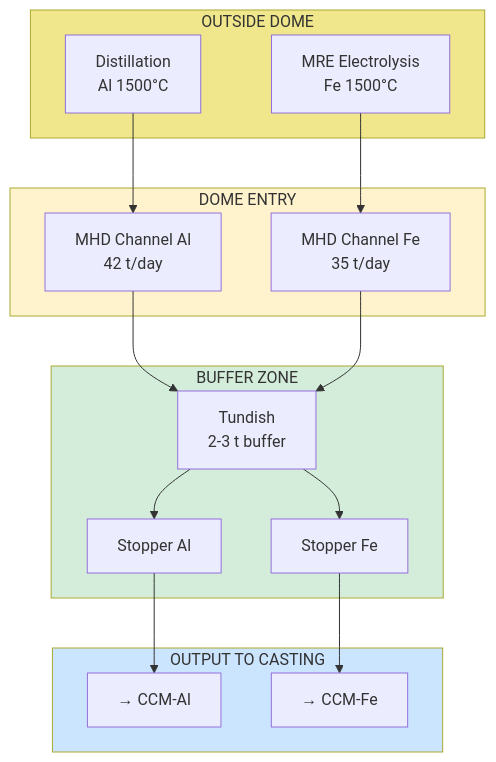
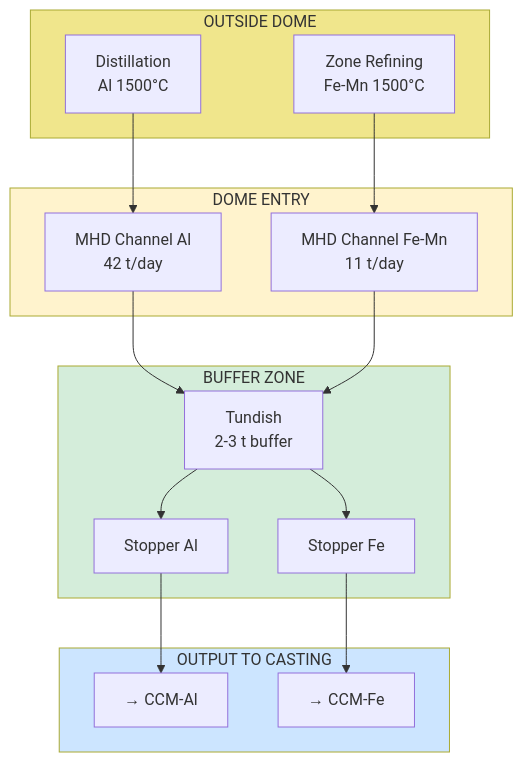
The diagram in en/science/detailed/production/factories/elements/melting.qmd (DmitryNasikanov/infinite-energy), drawn with Mermaid before and after one commit. The commit also changed other lines of this file and 71 other files, not shown here.

````diff
--- a/en/science/detailed/production/factories/elements/melting.qmd
+++ b/en/science/detailed/production/factories/elements/melting.qmd
@@ -23,37 +23,37 @@
 ```{mermaid}
 flowchart TD
     subgraph EXTERNAL["OUTSIDE DOME"]
         DIST["Distillation<br/>Al 1500°C"]
-        MRE["MRE Electrolysis<br/>Fe 1500°C"]
+        MRE["Zone Refining<br/>Fe-Mn 1500°C"]
     end
 
     subgraph ENTRY["DOME ENTRY"]
         MHD_AL["MHD Channel Al<br/>42 t/day"]
-        MHD_FE["MHD Channel Fe<br/>35 t/day"]
+        MHD_FE["MHD Channel Fe-Mn<br/>11 t/day"]
     end
 
     subgraph BUFFER["BUFFER ZONE"]
         TUNDISH["Tundish<br/>2-3 t buffer"]
         VALVE_AL["Stopper Al"]
         VALVE_FE["Stopper Fe"]
     end
 
     subgraph OUTPUT["OUTPUT TO CASTING"]
         MNLZ_AL["→ CCM-Al"]
         MNLZ_FE["→ CCM-Fe"]
     end
 
     DIST --> MHD_AL
     MRE --> MHD_FE
     MHD_AL --> TUNDISH
     MHD_FE --> TUNDISH
     TUNDISH --> VALVE_AL
     TUNDISH --> VALVE_FE
     VALVE_AL --> MNLZ_AL
     VALVE_FE --> MNLZ_FE
 
     style EXTERNAL fill:#f0e68c
     style ENTRY fill:#fff3cd
     style BUFFER fill:#d4edda
     style OUTPUT fill:#cce5ff
 ```
````
